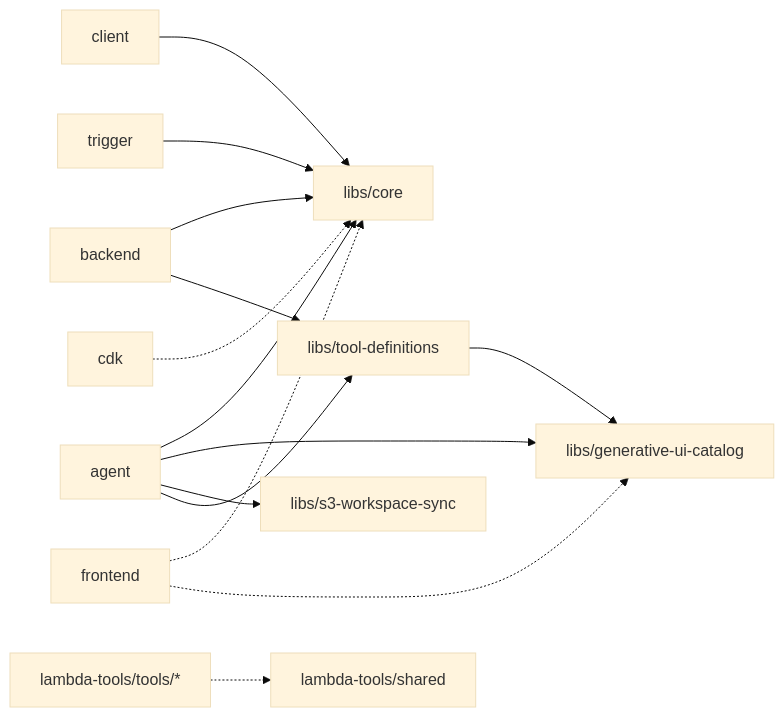
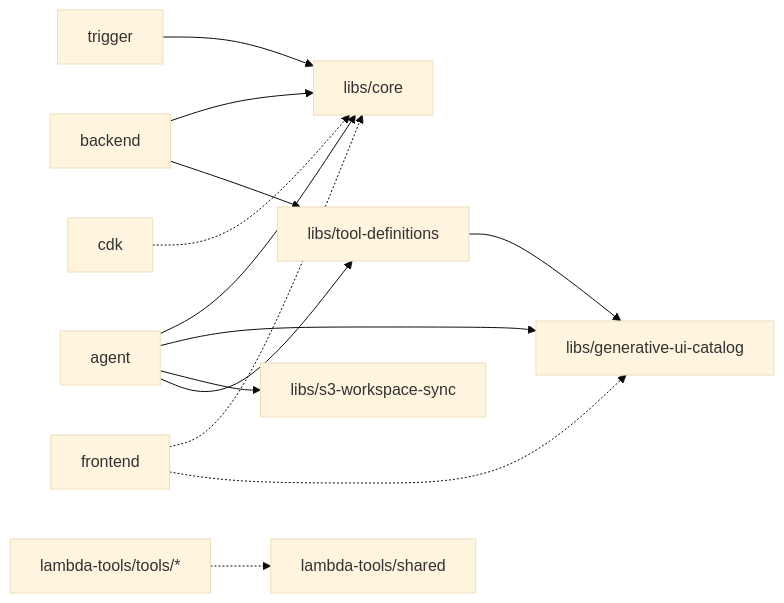
The diagram in docs/adr/build-design-rationale.md (aws-samples/sample-multi-agent-orchestration-chat-on-agentcore), drawn with Mermaid (base theme) before and after one commit. The commit also changed other lines of this file and 7 other files, not shown here.

````diff
--- a/docs/adr/build-design-rationale.md
+++ b/docs/adr/build-design-rationale.md
@@ -35,32 +34,30 @@
 ```mermaid
 flowchart LR
     core["libs/core"]
     ui["libs/generative-ui-catalog"]
     td["libs/tool-definitions"]
     s3["libs/s3-workspace-sync"]
     shared["lambda-tools/shared"]
 
     agent["agent"]
     backend["backend"]
-    client["client"]
     trigger["trigger"]
 
     frontend["frontend"]
     cdk["cdk"]
     tools["lambda-tools/tools/*"]
 
     td --> ui
     agent --> core
     agent --> ui
     agent --> s3
     agent --> td
     backend --> core
     backend --> td
-    client --> core
     trigger --> core
 
     frontend -.-> core
     frontend -.-> ui
     cdk -.-> core
     tools -.-> shared
 ```
````
